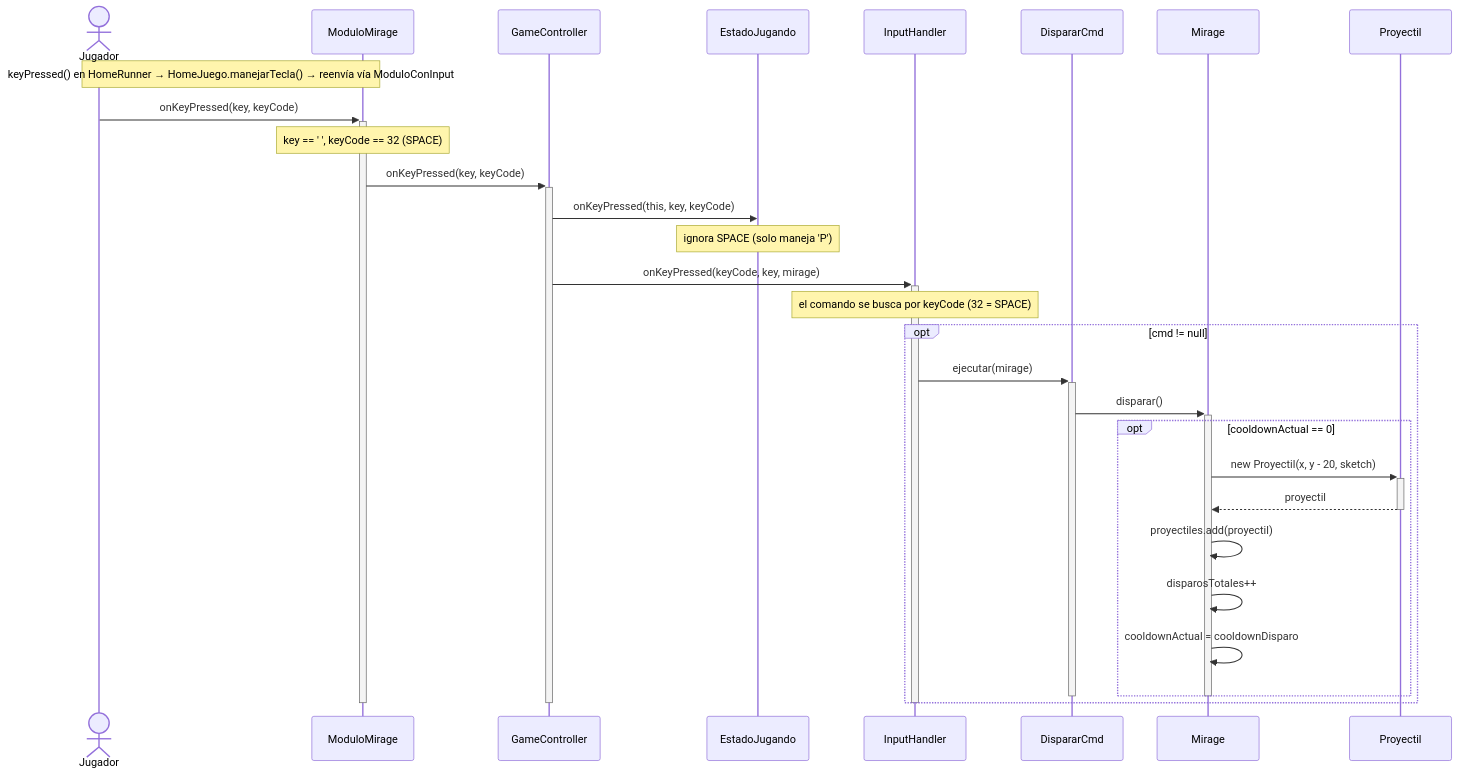
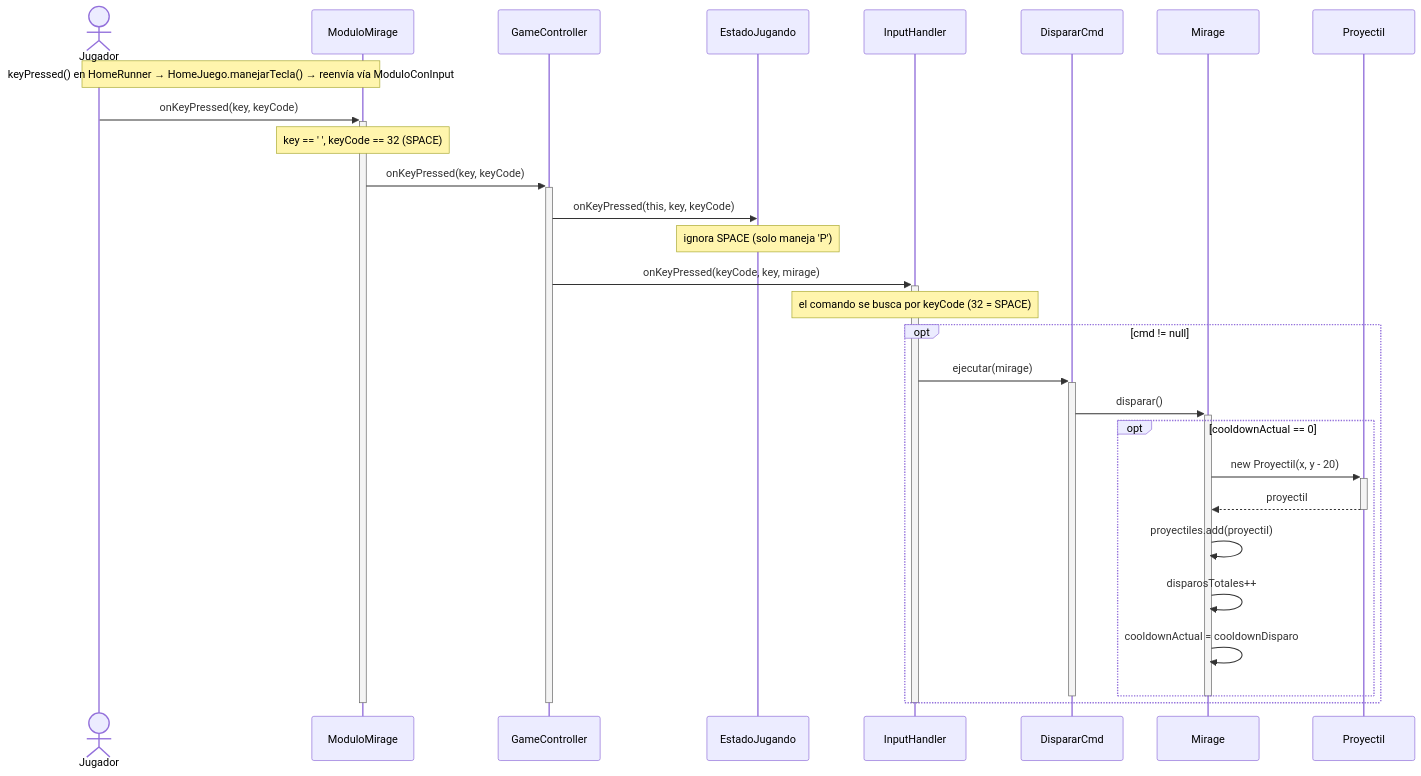
The third of 9 diagrams in docs/v1/analisis/casos-de-uso.md (Christian-Rojas-Rodriguez/juego-1982), drawn with Mermaid before and after one commit.

Commit message:
fix(UC-02): actualizar constructor Proyectil sin parámetro sketch

````diff
--- a/docs/v1/analisis/casos-de-uso.md
+++ b/docs/v1/analisis/casos-de-uso.md
@@ -126,36 +126,36 @@
 ```mermaid
 sequenceDiagram
     actor Jugador
     participant ModuloMirage
     participant GameController
     participant EstadoJugando
     participant InputHandler
     participant DispararCmd
     participant Mirage
     participant Proyectil
 
     Note over Jugador,ModuloMirage: keyPressed() en HomeRunner → HomeJuego.manejarTecla() → reenvía vía ModuloConInput
     Jugador->>+ModuloMirage: onKeyPressed(key, keyCode)
     Note over ModuloMirage: key == ' ', keyCode == 32 (SPACE)
     ModuloMirage->>+GameController: onKeyPressed(key, keyCode)
     GameController->>EstadoJugando: onKeyPressed(this, key, keyCode)
     Note over EstadoJugando: ignora SPACE (solo maneja 'P')
     GameController->>+InputHandler: onKeyPressed(keyCode, key, mirage)
     Note over InputHandler: el comando se busca por keyCode (32 = SPACE)
     opt cmd != null
         InputHandler->>+DispararCmd: ejecutar(mirage)
         DispararCmd->>+Mirage: disparar()
         opt cooldownActual == 0
-            Mirage->>+Proyectil: new Proyectil(x, y - 20, sketch)
+            Mirage->>+Proyectil: new Proyectil(x, y - 20)
             Proyectil-->>-Mirage: proyectil
             Mirage->>Mirage: proyectiles.add(proyectil)
             Mirage->>Mirage: disparosTotales++
             Mirage->>Mirage: cooldownActual = cooldownDisparo
         end
         deactivate Mirage
         deactivate DispararCmd
     end
     deactivate InputHandler
     deactivate GameController
     deactivate ModuloMirage
 ```
````
